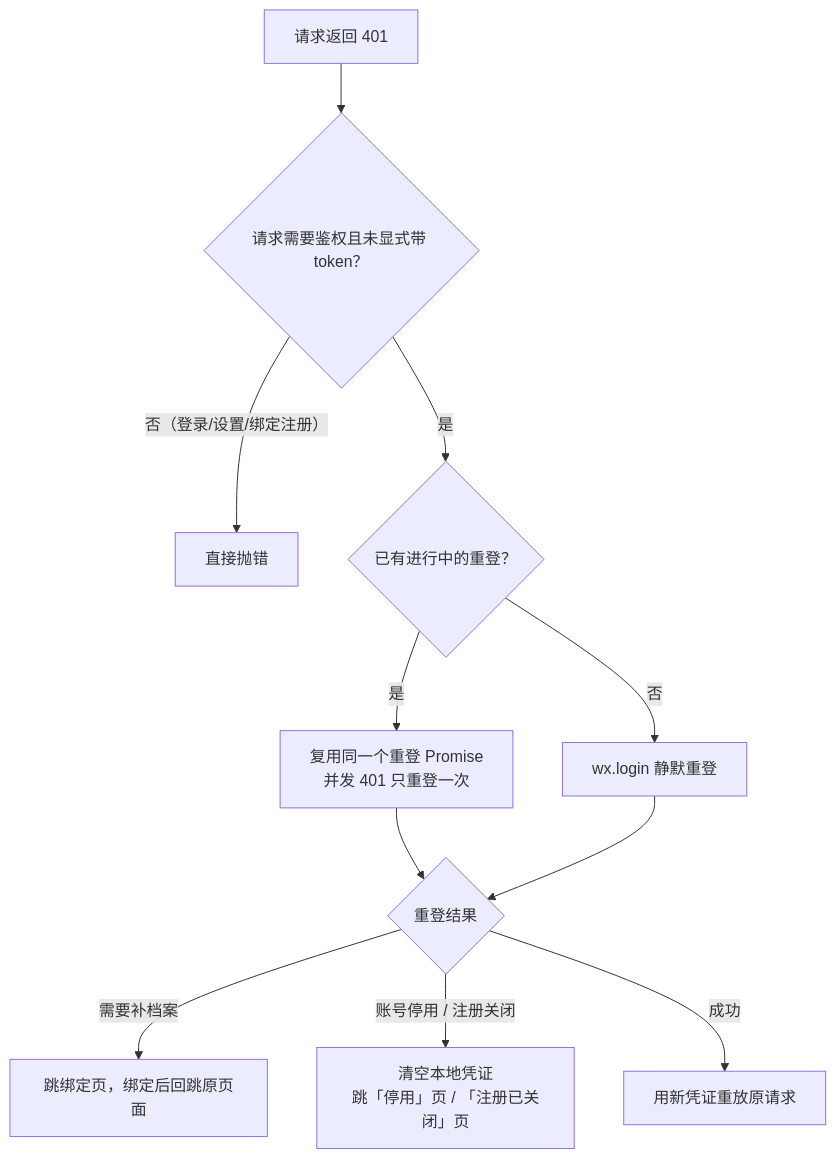
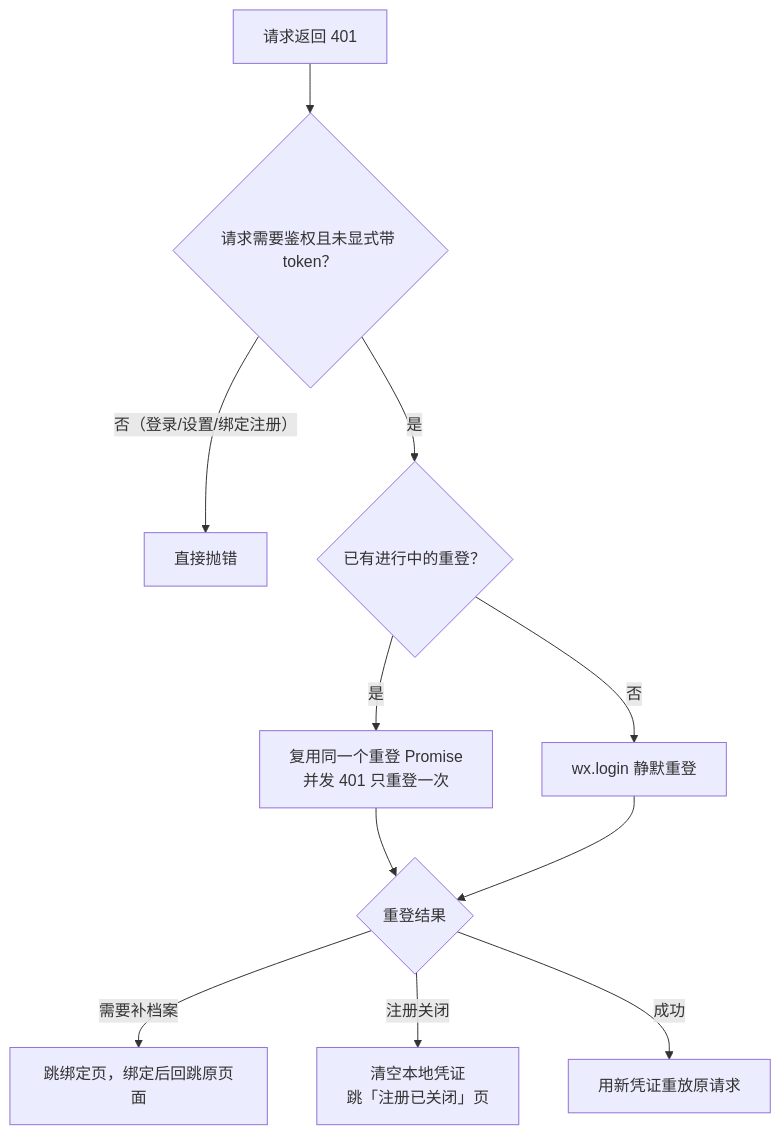
The ninth of 10 diagrams in docs/websites/pages/dev-architecture.md (Sakana-1314/Electrical-Manager), drawn with Mermaid before and after one commit. The commit also changed other lines of this file and 69 other files, not shown here.

````diff
--- a/docs/websites/pages/dev-architecture.md
+++ b/docs/websites/pages/dev-architecture.md
@@ -1123,13 +1125,13 @@
 ```mermaid
 flowchart TD
     A["请求返回 401"] --> B{"请求需要鉴权且未显式带 token？"}
     B -- "否（登录/设置/绑定注册）" --> C["直接抛错"]
     B -- "是" --> D{"已有进行中的重登？"}
     D -- "是" --> E["复用同一个重登 Promise<br/>并发 401 只重登一次"]
     D -- "否" --> F["wx.login 静默重登"]
     E --> G
     F --> G{"重登结果"}
     G -- "需要补档案" --> H["跳绑定页，绑定后回跳原页面"]
-    G -- "账号停用 / 注册关闭" --> I["清空本地凭证<br/>跳「停用」页 / 「注册已关闭」页"]
+    G -- "注册关闭" --> I["清空本地凭证<br/>跳「注册已关闭」页"]
     G -- "成功" --> J["用新凭证重放原请求"]
 ```
````
